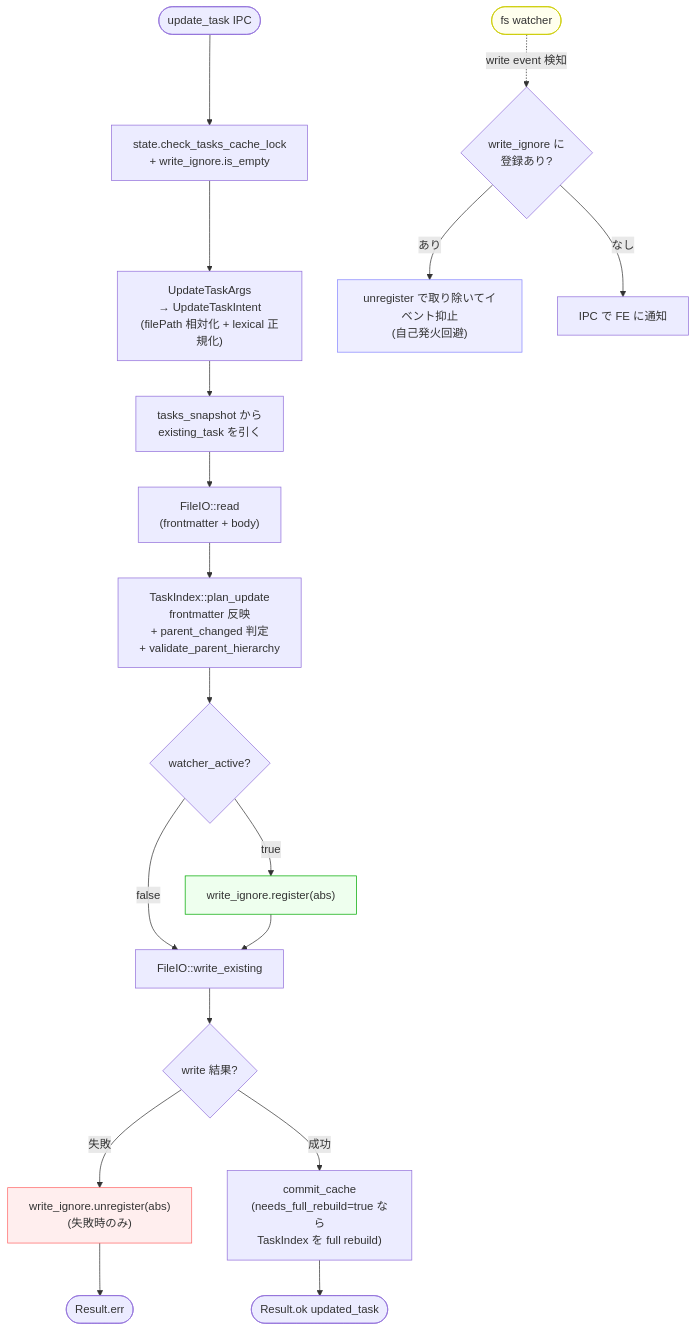
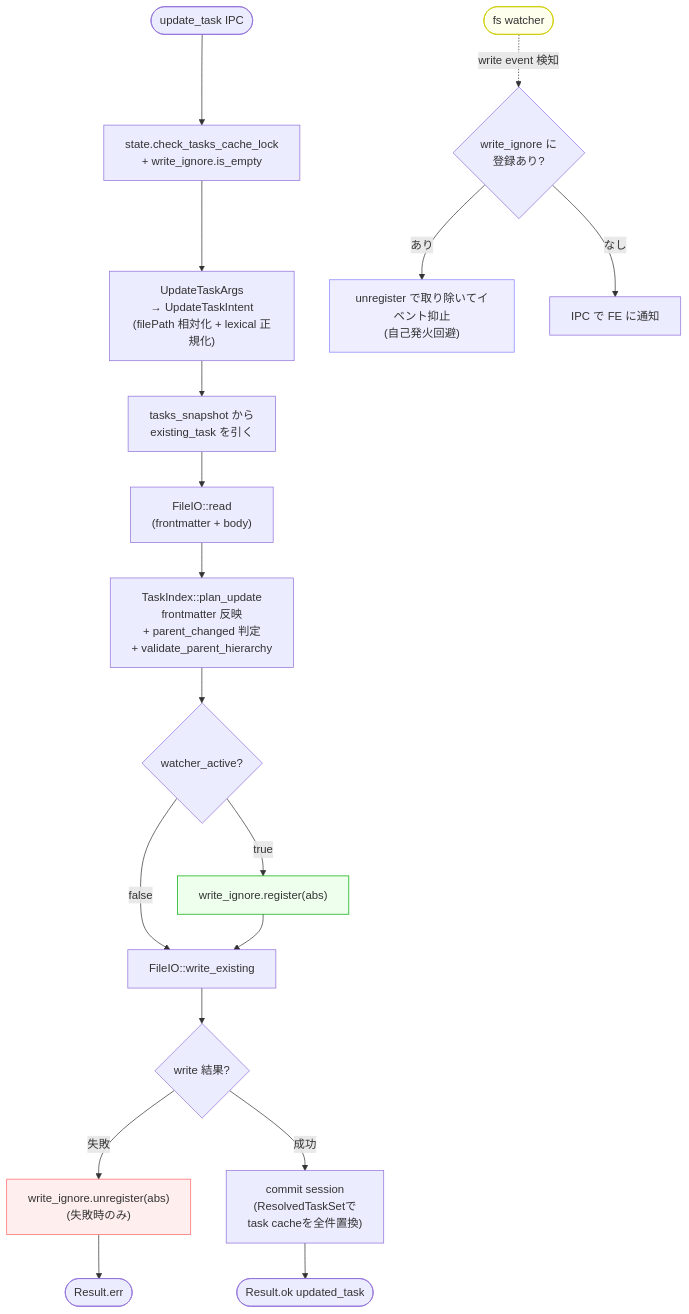
One commit to DIO0550/spec-board changed the fourth of 4 diagrams in docs/impl/dnd-current-state.md. Above: the diagram before and after it, drawn with Mermaid. The commit also changed other lines of this file and 1 other file, not shown here.

````diff
--- a/docs/impl/dnd-current-state.md
+++ b/docs/impl/dnd-current-state.md
@@ -243,26 +246,26 @@
 ```mermaid
 flowchart TD
     IN([update_task IPC]) --> CHK["state.check_tasks_cache_lock<br/>+ write_ignore.is_empty"]
     CHK --> ARG["UpdateTaskArgs<br/>→ UpdateTaskIntent<br/>(filePath 相対化 + lexical 正規化)"]
     ARG --> SNAP["tasks_snapshot から<br/>existing_task を引く"]
     SNAP --> READ["FileIO::read<br/>(frontmatter + body)"]
     READ --> PU["TaskIndex::plan_update<br/>frontmatter 反映<br/>+ parent_changed 判定<br/>+ validate_parent_hierarchy"]
     PU --> WA{"watcher_active?"}
     WA -->|true| REG["write_ignore.register(abs)"]
     WA -->|false| WRITE
     REG --> WRITE["FileIO::write_existing"]
     WRITE --> WR{"write 結果?"}
     WR -->|失敗| UNREG["write_ignore.unregister(abs)<br/>(失敗時のみ)"]
     UNREG --> ERR([Result.err])
-    WR -->|成功| CC["commit_cache<br/>(needs_full_rebuild=true なら<br/>TaskIndex を full rebuild)"]
+    WR -->|成功| CC["commit session<br/>(ResolvedTaskSetで<br/>task cacheを全件置換)"]
     CC --> OK([Result.ok updated_task])
 
     WATCHER([fs watcher]) -.write event 検知.-> CONSUME{"write_ignore に<br/>登録あり?"}
     CONSUME -->|あり| SKIP["unregister で取り除いてイベント抑止<br/>(自己発火回避)"]
     CONSUME -->|なし| EMIT["IPC で FE に通知"]
 
     style REG fill:#efe,stroke:#0a0
     style UNREG fill:#fee,stroke:#f66
     style SKIP fill:#eef,stroke:#88f
     style WATCHER fill:#ffe,stroke:#cc0
 ```
````
